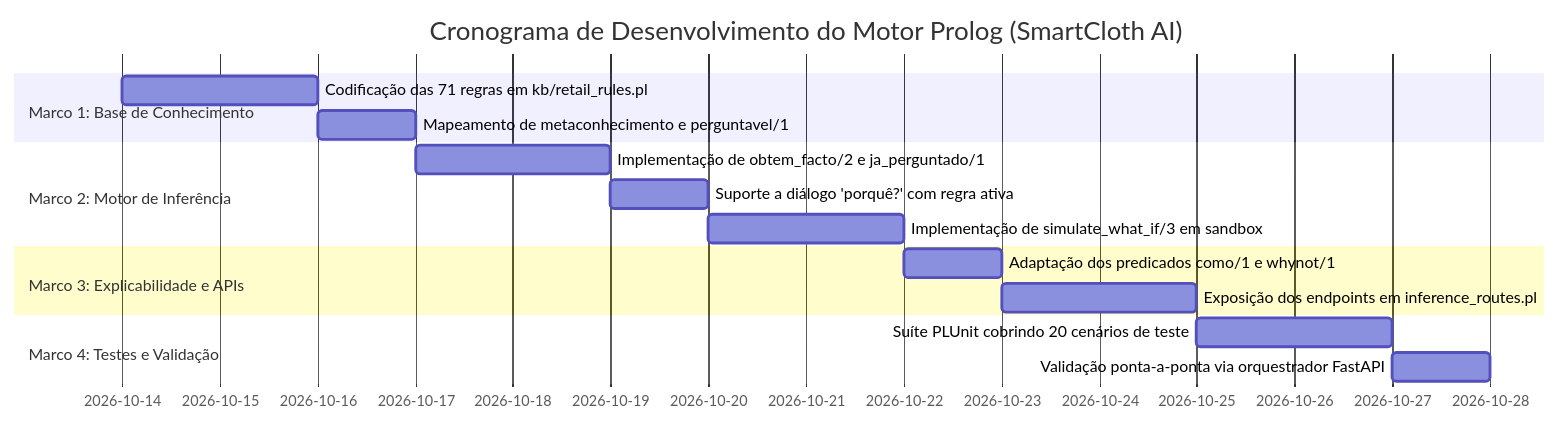
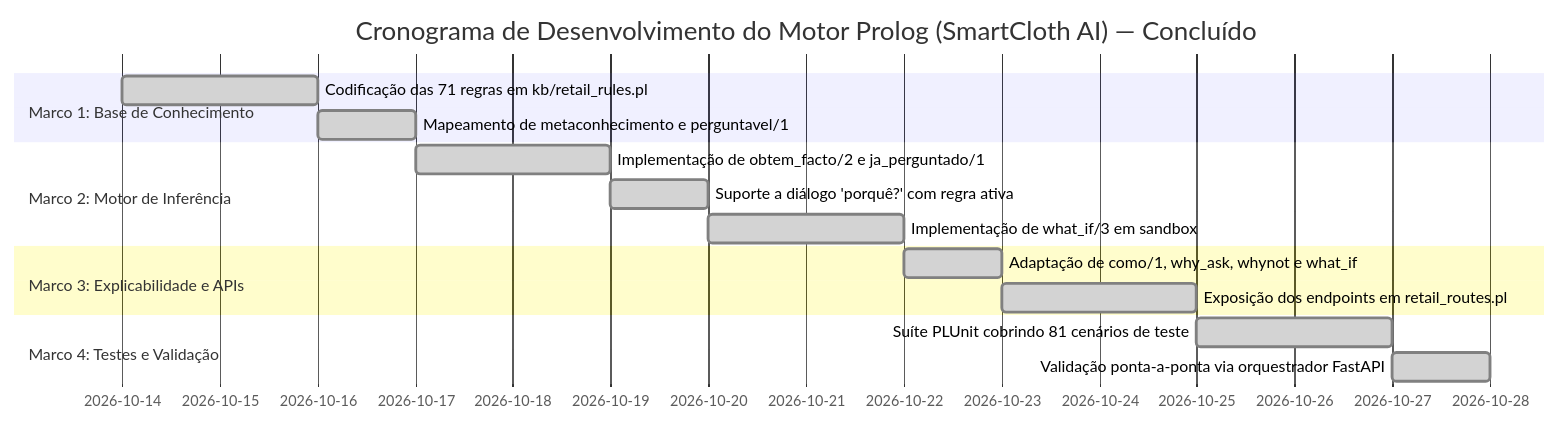
Before and after one commit to Alvaro1940052/meia-equipa3-challenge1-26_27: the sixth of 6 diagrams in docs/architecture/prolog_expert_system_adaptation.md, drawn with Mermaid. The commit also changed other lines of this file and 46 other files, not shown here.

Commit message:
feat: add retail prolog inference engine and backend orchestration support

````diff
--- a/docs/architecture/prolog_expert_system_adaptation.md
+++ b/docs/architecture/prolog_expert_system_adaptation.md
@@ -363,18 +374,18 @@
 ```mermaid
 gantt
-    title Cronograma de Desenvolvimento do Motor Prolog (SmartCloth AI)
+    title Cronograma de Desenvolvimento do Motor Prolog (SmartCloth AI) — Concluído
     dateFormat  YYYY-MM-DD
     section Marco 1: Base de Conhecimento
-    Codificação das 71 regras em kb/retail_rules.pl         :m1_1, 2026-10-14, 2d
-    Mapeamento de metaconhecimento e perguntavel/1          :m1_2, after m1_1, 1d
+    Codificação das 71 regras em kb/retail_rules.pl         :done, m1_1, 2026-10-14, 2d
+    Mapeamento de metaconhecimento e perguntavel/1          :done, m1_2, after m1_1, 1d
     section Marco 2: Motor de Inferência
-    Implementação de obtem_facto/2 e ja_perguntado/1        :m2_1, after m1_2, 2d
-    Suporte a diálogo 'porquê?' com regra ativa             :m2_2, after m2_1, 1d
-    Implementação de simulate_what_if/3 em sandbox          :m2_3, after m2_2, 2d
+    Implementação de obtem_facto/2 e ja_perguntado/1        :done, m2_1, after m1_2, 2d
+    Suporte a diálogo 'porquê?' com regra ativa             :done, m2_2, after m2_1, 1d
+    Implementação de what_if/3 em sandbox                   :done, m2_3, after m2_2, 2d
     section Marco 3: Explicabilidade e APIs
-    Adaptação dos predicados como/1 e whynot/1              :m3_1, after m2_3, 1d
-    Exposição dos endpoints em inference_routes.pl          :m3_2, after m3_1, 2d
+    Adaptação de como/1, why_ask, whynot e what_if         :done, m3_1, after m2_3, 1d
+    Exposição dos endpoints em retail_routes.pl             :done, m3_2, after m3_1, 2d
     section Marco 4: Testes e Validação
-    Suíte PLUnit cobrindo 20 cenários de teste              :m4_1, after m3_2, 2d
-    Validação ponta-a-ponta via orquestrador FastAPI        :m4_2, after m4_1, 1d
+    Suíte PLUnit cobrindo 81 cenários de teste              :done, m4_1, after m3_2, 2d
+    Validação ponta-a-ponta via orquestrador FastAPI        :done, m4_2, after m4_1, 1d
 ```
````
